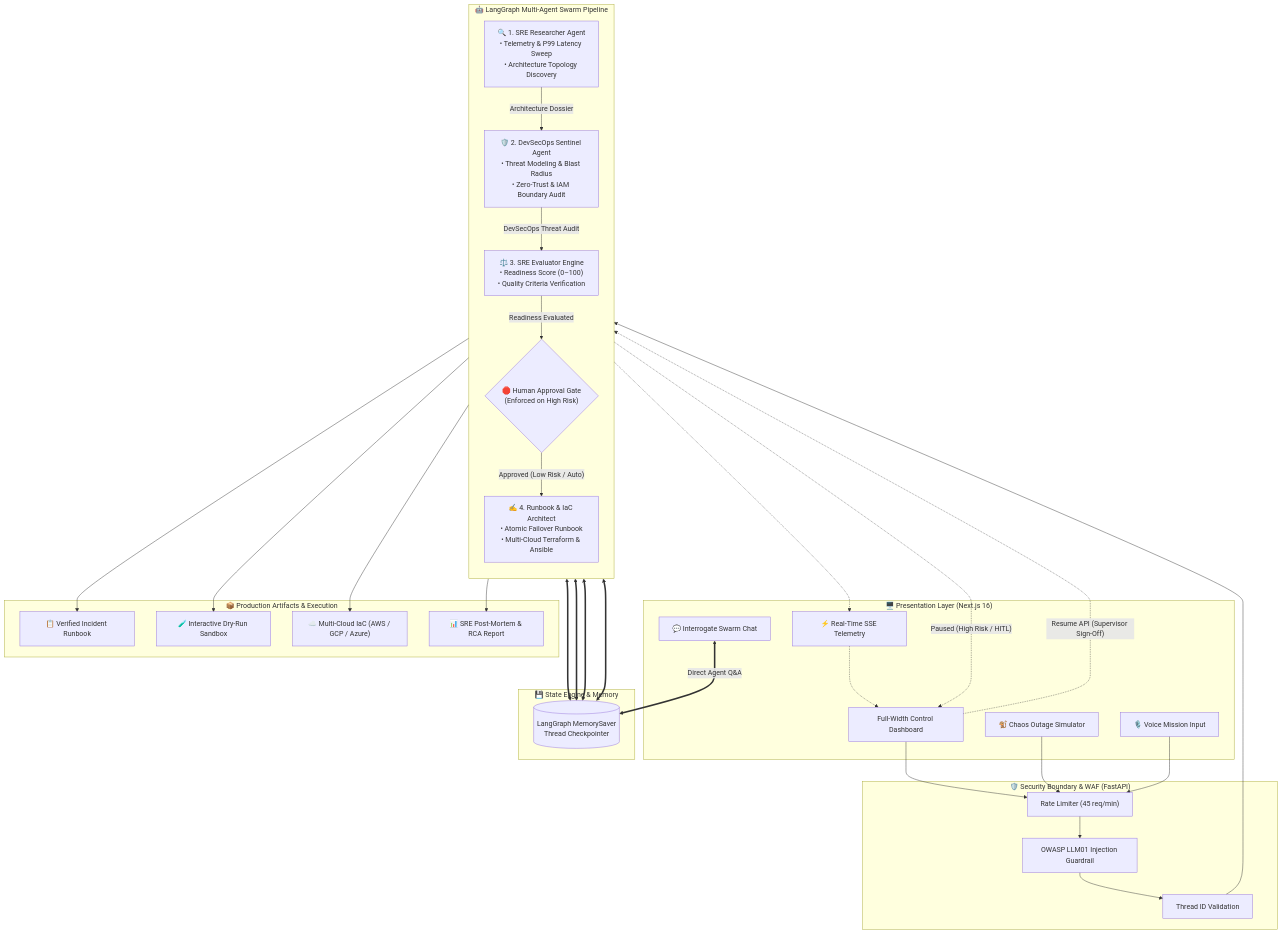
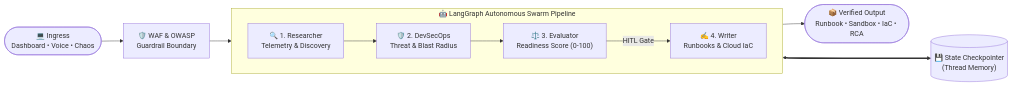
One commit to kailash6207/SwarmOps changed the diagram in README.md. Above: the diagram before and after it, drawn with Mermaid.

Commit message:
docs: streamline and compact architecture flowchart for cleaner readability

````diff
--- a/README.md
+++ b/README.md
@@ -17,69 +17,15 @@
 ```mermaid
-flowchart TD
-    subgraph UI["🖥️ Presentation Layer (Next.js 16)"]
-        Dashboard["Full-Width Control Dashboard"]
-        Chaos["🐒 Chaos Outage Simulator"]
-        Voice["🎙️ Voice Mission Input"]
-        Chat["💬 Interrogate Swarm Chat"]
-        SSE["⚡ Real-Time SSE Telemetry"]
+flowchart LR
+    Ingress(["💻 Ingress<br/>Dashboard • Voice • Chaos"]) --> WAF["🛡️ WAF & OWASP<br/>Guardrail Boundary"]
+    WAF --> Swarm
+
+    subgraph Swarm ["🤖 LangGraph Autonomous Swarm Pipeline"]
+        direction LR
+        R["🔍 1. Researcher<br/>Telemetry & Discovery"] --> S["🛡️ 2. DevSecOps<br/>Threat & Blast Radius"]
+        S --> E["⚖️ 3. Evaluator<br/>Readiness Score (0-100)"]
+        E -->|"HITL Gate"| W["✍️ 4. Writer<br/>Runbooks & Cloud IaC"]
     end
 
-    subgraph WAF["🛡️ Security Boundary & WAF (FastAPI)"]
-        RateLimit["Rate Limiter (45 req/min)"]
-        Sanitizer["OWASP LLM01 Injection Guardrail"]
-        ThreadVal["Thread ID Validation"]
-    end
-
-    subgraph SWARM["🤖 LangGraph Multi-Agent Swarm Pipeline"]
-        direction TB
-        Node1["🔍 1. SRE Researcher Agent<br/>• Telemetry & P99 Latency Sweep<br/>• Architecture Topology Discovery"]
-        Node2["🛡️ 2. DevSecOps Sentinel Agent<br/>• Threat Modeling & Blast Radius<br/>• Zero-Trust & IAM Boundary Audit"]
-        Node3["⚖️ 3. SRE Evaluator Engine<br/>• Readiness Score (0–100)<br/>• Quality Criteria Verification"]
-        Gate{"🛑 Human Approval Gate<br/>(Enforced on High Risk)"}
-        Node4["✍️ 4. Runbook & IaC Architect<br/>• Atomic Failover Runbook<br/>• Multi-Cloud Terraform & Ansible"]
-    end
-
-    subgraph MEMORY["💾 State Engine & Memory"]
-        Checkpointer[("LangGraph MemorySaver<br/>Thread Checkpointer")]
-    end
-
-    subgraph DELIVER["📦 Production Artifacts & Execution"]
-        Runbook["📋 Verified Incident Runbook"]
-        Sandbox["🧪 Interactive Dry-Run Sandbox"]
-        IaC["☁️ Multi-Cloud IaC (AWS / GCP / Azure)"]
-        RCA["📊 SRE Post-Mortem & RCA Report"]
-    end
-
-    %% Ingress Flow
-    Dashboard --> RateLimit
-    Chaos --> RateLimit
-    Voice --> RateLimit
-    RateLimit --> Sanitizer
-    Sanitizer --> ThreadVal
-    ThreadVal --> Node1
-
-    %% Swarm Transitions
-    Node1 -->|Architecture Dossier| Node2
-    Node2 -->|DevSecOps Threat Audit| Node3
-    Node3 -->|Readiness Evaluated| Gate
-    Gate -->|"Approved (Low Risk / Auto)"| Node4
-    Gate -.->|"Paused (High Risk / HITL)"| Dashboard
-    Dashboard -.->|"Resume API (Supervisor Sign-Off)"| Node4
-
-    %% Deliverables
-    Node4 --> Runbook
-    Node4 --> Sandbox
-    Node4 --> IaC
-    Node4 --> RCA
-    Node4 -.-> SSE
-    SSE -.-> Dashboard
-
-    %% Interrogate Swarm
-    Chat <==>|"Direct Agent Q&A"| Checkpointer
-
-    %% State Memory Bindings
-    Node1 <===> Checkpointer
-    Node2 <===> Checkpointer
-    Node3 <===> Checkpointer
-    Node4 <===> Checkpointer
+    Swarm <===> Mem[("💾 State Checkpointer<br/>(Thread Memory)")]
+    Swarm --> Artifacts(["📦 Verified Output<br/>Runbook • Sandbox • IaC • RCA"])
 ```
````
